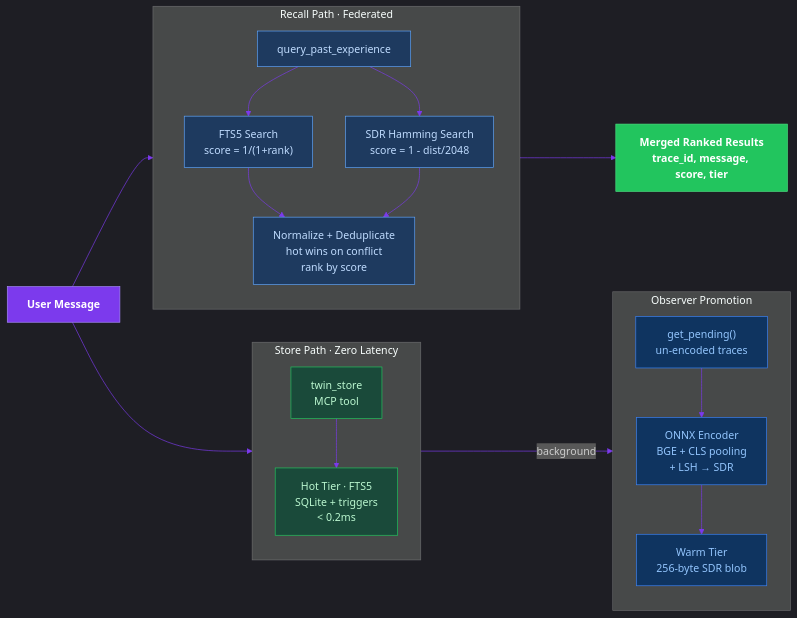
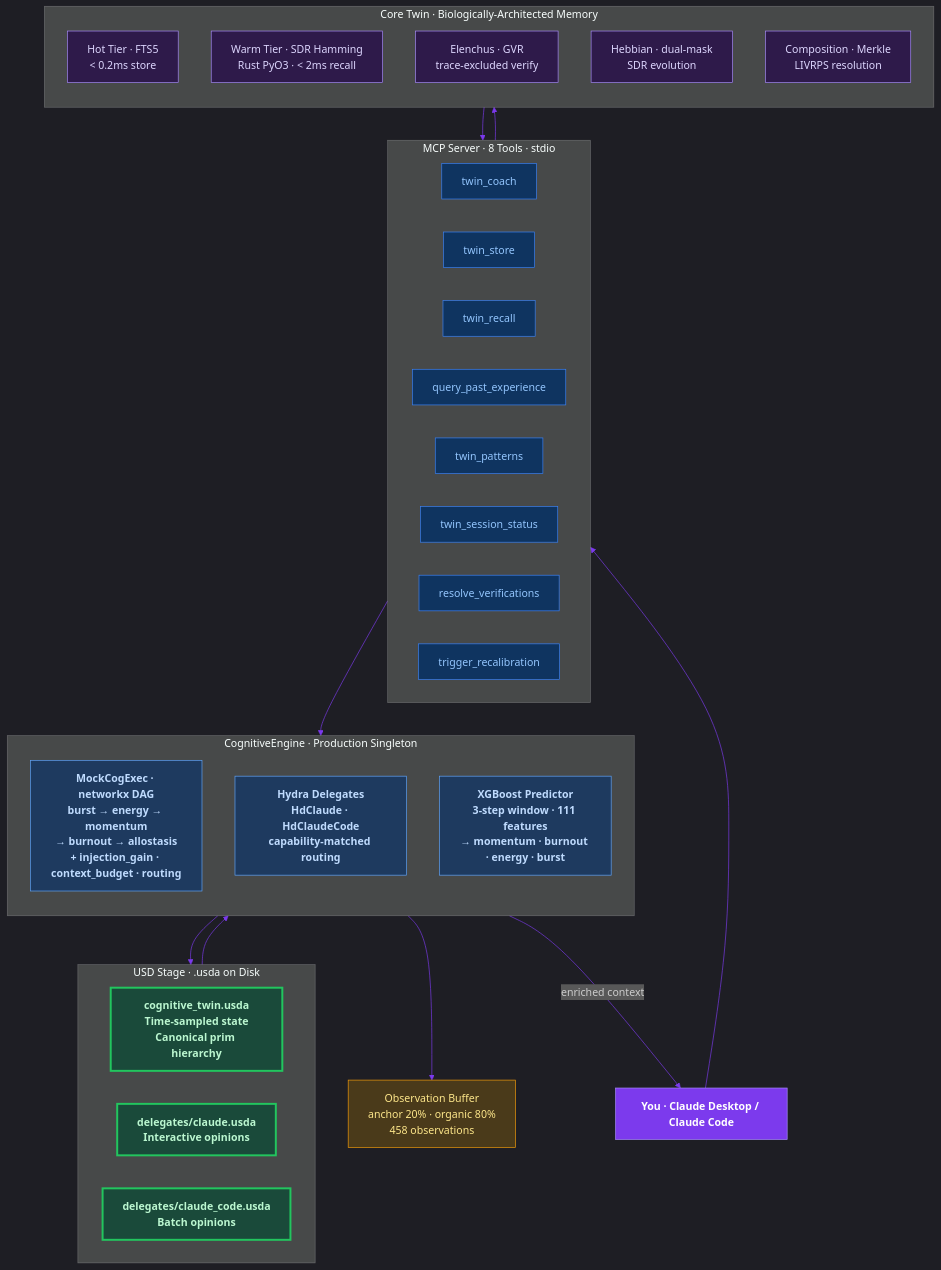
One commit to JosephOIbrahim/Harlo changed the first of 5 diagrams in README.md. Above: the diagram before and after it, drawn with Mermaid. The commit also changed other lines of this file, not shown here.

First line of the commit message:
docs: README with architecture diagrams

````diff
--- a/README.md
+++ b/README.md
@@ -237,45 +44,58 @@
 ```mermaid
-%%{init: {'theme': 'dark', 'themeVariables': {'primaryColor': '#1a1a2e', 'primaryTextColor': '#e0e0e0', 'primaryBorderColor': '#7c3aed', 'lineColor': '#7c3aed'}}}%%
-graph LR
-    USER["User Message"]:::input
+%%{init: {'theme': 'dark', 'themeVariables': {'primaryColor': '#1a1a2e', 'primaryTextColor': '#e0e0e0', 'primaryBorderColor': '#7c3aed', 'lineColor': '#7c3aed', 'secondaryColor': '#16213e', 'tertiaryColor': '#0f3460'}}}%%
+graph TB
+    USER["You · Claude Desktop / Claude Code"]:::user
 
-    subgraph STORE_PATH["Store Path · Zero Latency"]
-        direction TB
-        MCP_S["twin_store\nMCP tool"]:::store
-        HOT_W["Hot Tier · FTS5\nSQLite + triggers\n< 0.2ms"]:::store
-        MCP_S --> HOT_W
+    subgraph MCP["MCP Server · 8 Tools · stdio"]
+        direction LR
+        COACH["twin_coach"]:::tool
+        STORE["twin_store"]:::tool
+        RECALL["twin_recall"]:::tool
+        QPE["query_past_experience"]:::tool
+        PATTERNS["twin_patterns"]:::tool
+        SESSION["twin_session_status"]:::tool
+        RESOLVE["resolve_verifications"]:::tool
+        RECAL["trigger_recalibration"]:::tool
     end
 
-    subgraph PROMOTE["Observer Promotion"]
+    subgraph ENGINE["CognitiveEngine · Production Singleton"]
         direction TB
-        PEND["get_pending()\nun-encoded traces"]:::promote
-        ONNX_E["ONNX Encoder\nBGE + CLS pooling\n+ LSH → SDR"]:::promote
-        WARM_W["Warm Tier\n256-byte SDR blob"]:::promote
-        PEND --> ONNX_E --> WARM_W
+        DAG["MockCogExec · networkx DAG\nburst → energy → momentum\n→ burnout → allostasis\n+ injection_gain · context_budget · routing"]:::engine
+        DELEGATES["Hydra Delegates\nHdClaude · HdClaudeCode\ncapability-matched routing"]:::engine
+        PREDICT["XGBoost Predictor\n3-step window · 111 features\n→ momentum · burnout · energy · burst"]:::engine
     end
 
-    subgraph RECALL_PATH["Recall Path · Federated"]
-        direction TB
-        QPE["query_past_experience"]:::recall
-        HOT_R["FTS5 Search\nscore = 1/(1+rank)"]:::recall
-        WARM_R["SDR Hamming Search\nscore = 1 - dist/2048"]:::recall
-        MERGE["Normalize + Deduplicate\nhot wins on conflict\nrank by score"]:::recall
-        QPE --> HOT_R
-        QPE --> WARM_R
-        HOT_R --> MERGE
-        WARM_R --> MERGE
+    subgraph STAGE["USD Stage · .usda on Disk"]
+        direction LR
+        ROOT["cognitive_twin.usda\nTime-sampled state\nCanonical prim hierarchy"]:::usd
+        CLAUDE_SUB["delegates/claude.usda\nInteractive opinions"]:::usd
+        CODE_SUB["delegates/claude_code.usda\nBatch opinions"]:::usd
     end
 
-    RESULT["Merged Ranked Results\ntrace_id, message, score, tier"]:::output
+    subgraph MEMORY["Core Twin · Biologically-Architected Memory"]
+        direction TB
+        HOT["Hot Tier · FTS5\n< 0.2ms store"]:::memory
+        WARM["Warm Tier · SDR Hamming\nRust PyO3 · < 2ms recall"]:::memory
+        ELENCHUS["Elenchus · GVR\ntrace-excluded verify"]:::memory
+        HEBBIAN["Hebbian · dual-mask\nSDR evolution"]:::memory
+        COMPOSITION["Composition · Merkle\nLIVRPS resolution"]:::memory
+    end
 
-    USER --> STORE_PATH
-    HOT_W -->|"background"| PROMOTE
-    USER --> RECALL_PATH
-    MERGE --> RESULT
+    BUFFER["Observation Buffer\nanchor 20% · organic 80%\n458 observations"]:::buffer
 
-    classDef input fill:#7c3aed,stroke:#a78bfa,color:#fff,font-weight:bold
-    classDef output fill:#22c55e,stroke:#4ade80,color:#fff,font-weight:bold
-    classDef store fill:#1a4a3a,stroke:#22c55e,color:#bbf7d0
-    classDef promote fill:#0f3460,stroke:#3b82f6,color:#93c5fd
-    classDef recall fill:#1e3a5f,stroke:#60a5fa,color:#bfdbfe
+    USER --> MCP
+    MCP --> ENGINE
+    ENGINE --> STAGE
+    ENGINE --> BUFFER
+    STAGE --> ENGINE
+    MCP --> MEMORY
+    MEMORY --> MCP
+    ENGINE -->|"enriched context"| USER
+
+    classDef user fill:#7c3aed,stroke:#a78bfa,color:#fff,font-weight:bold
+    classDef tool fill:#0f3460,stroke:#3b82f6,color:#93c5fd
+    classDef engine fill:#1e3a5f,stroke:#60a5fa,color:#bfdbfe,font-weight:bold
+    classDef usd fill:#1a4a3a,stroke:#22c55e,color:#bbf7d0,font-weight:bold,stroke-width:3px
+    classDef memory fill:#2e1a4a,stroke:#a78bfa,color:#ddd6fe
+    classDef buffer fill:#4a3a1a,stroke:#f59e0b,color:#fde68a
 ```
````
